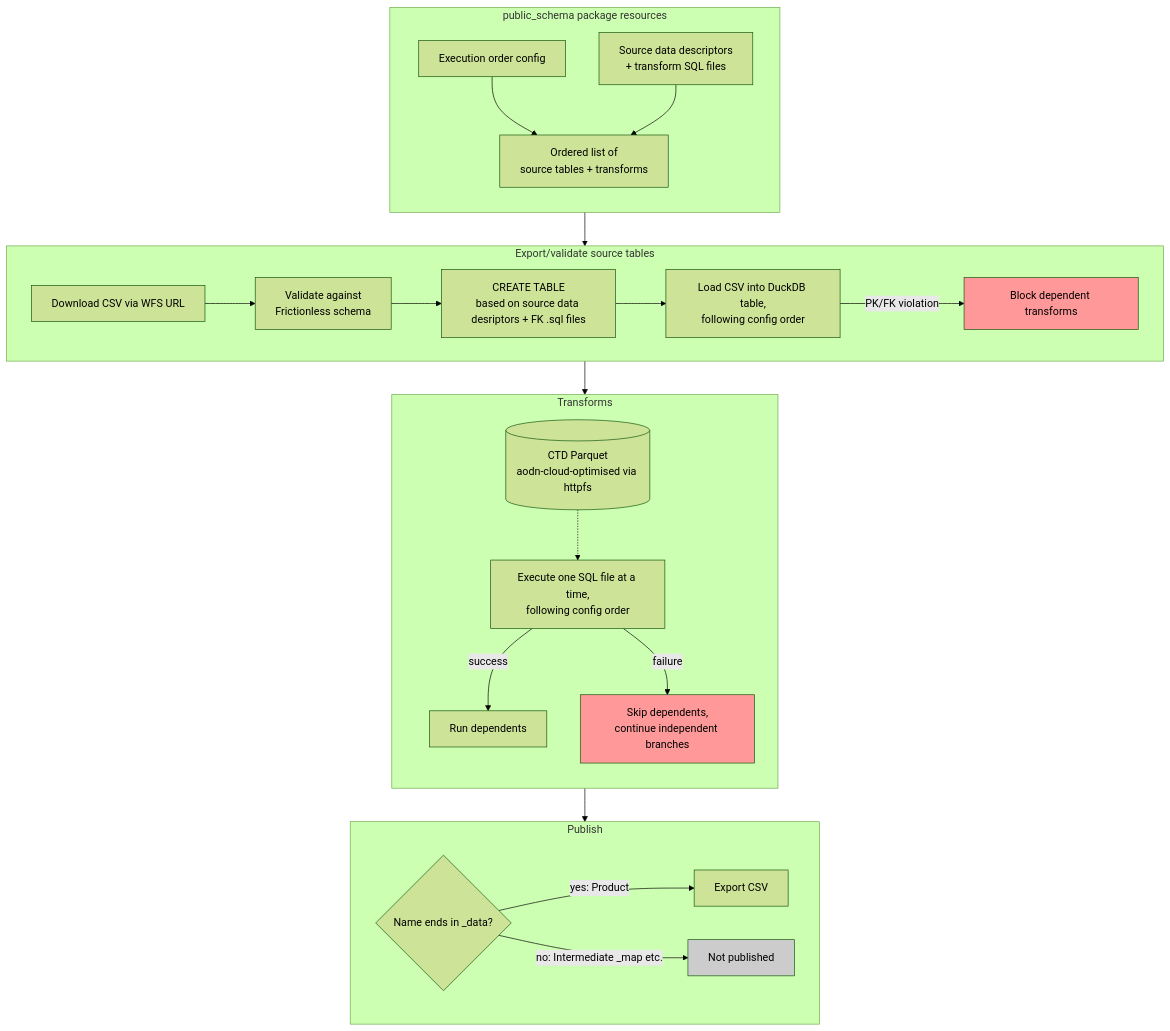
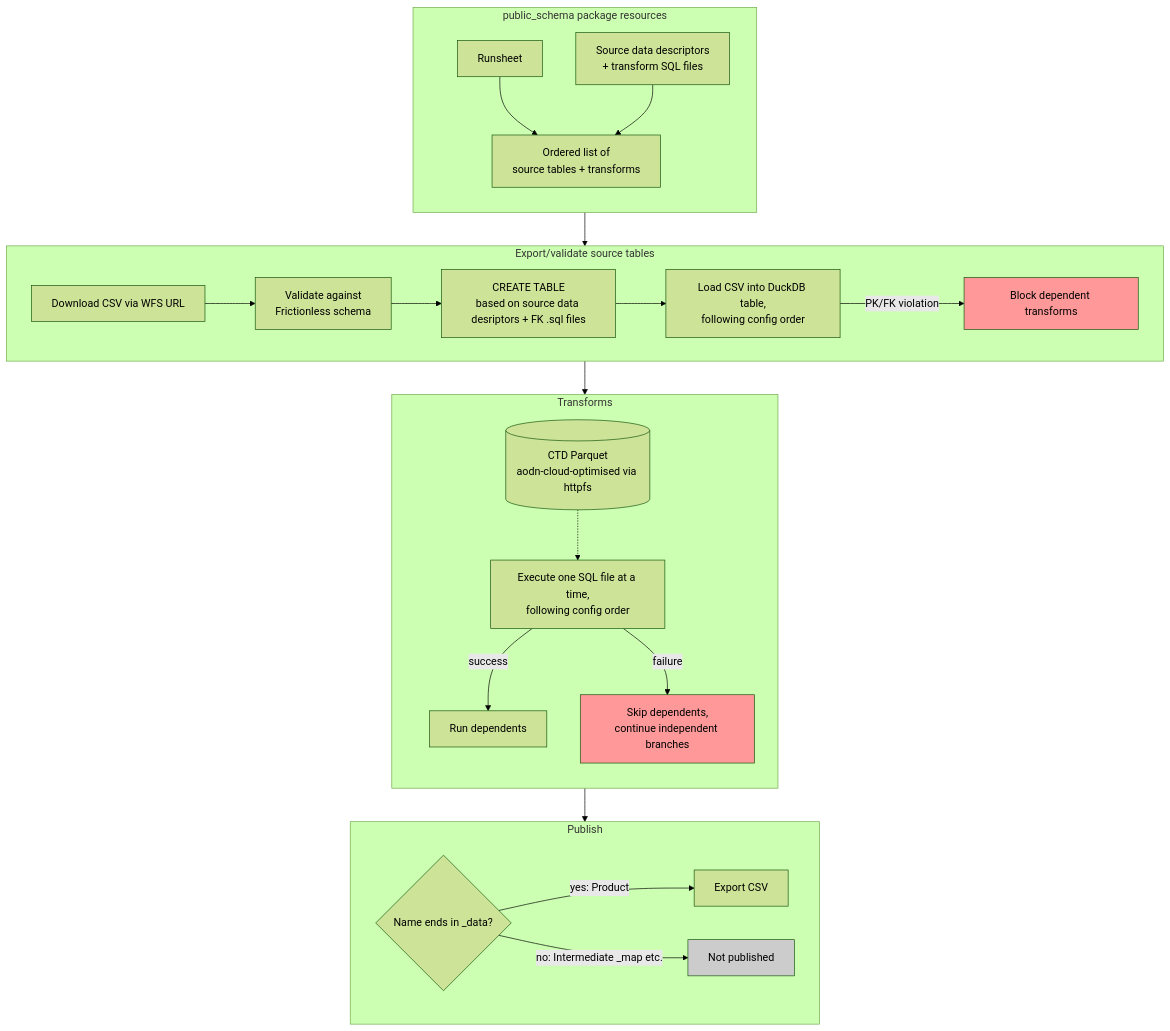
Before and after one commit to aodn/public-schema: the diagram in docs/architecture.md, drawn with Mermaid (forest theme). The commit also changed 5 other files, not shown here.

````diff
--- a/docs/architecture.md
+++ b/docs/architecture.md
@@ -11,40 +11,40 @@
 ```mermaid
 flowchart TD
     subgraph PublicSchema["public_schema package resources"]
       direction TB
       R[Source data descriptors<br/>+ transform SQL files]
-      CFG[Execution order config]
+      CFG[Runsheet]
       CFG --> ORDER[Ordered list of<br/>source tables + transforms]
       R --> ORDER
     end
 
     subgraph SourceLoad["Export/validate source tables"]
         direction LR
         DL[Download CSV via WFS URL] --> VAL[Validate against<br/>Frictionless schema]
         VAL --> DDL[CREATE TABLE<br/>based on source data desriptors + FK .sql files]
         DDL --> LOAD[Load CSV into DuckDB table,<br/>following config order]
         LOAD -->|PK/FK violation| SKIP1[Block dependent transforms]
     end
 
     subgraph Transform["Transforms"]
         direction TB
         EXEC["Execute one SQL file at a time,<br/>following config order"]
         EXEC -->|success| NEXT[Run dependents]
         EXEC -->|failure| SKIP2[Skip dependents,<br/>continue independent branches]
         CTD[(CTD Parquet<br/>aodn-cloud-optimised via httpfs)] -.-> EXEC
     end
 
     subgraph Publish["Publish"]
         PROD{"Name ends in _data?"}
         PROD -->|yes: Product| CSVOUT[Export CSV]
         PROD -->|no: Intermediate _map etc.| DROP[Not published]
     end
 
     ORDER --> SourceLoad
     SourceLoad --> Transform
     Transform --> Publish
 
     style SKIP1 fill:#f99,color:#000
     style SKIP2 fill:#f99,color:#000
     style DROP fill:#ccc,color:#000
 ```
````
